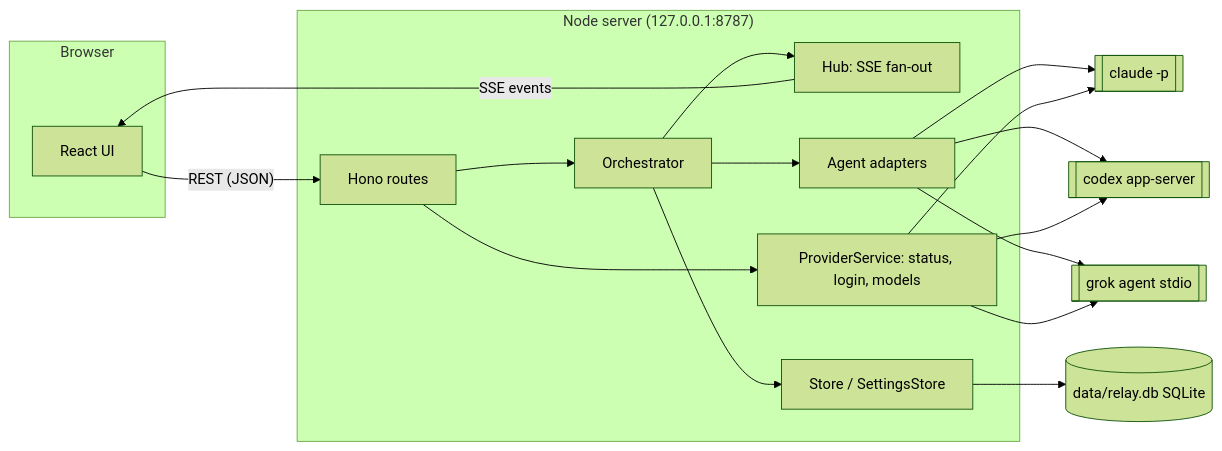
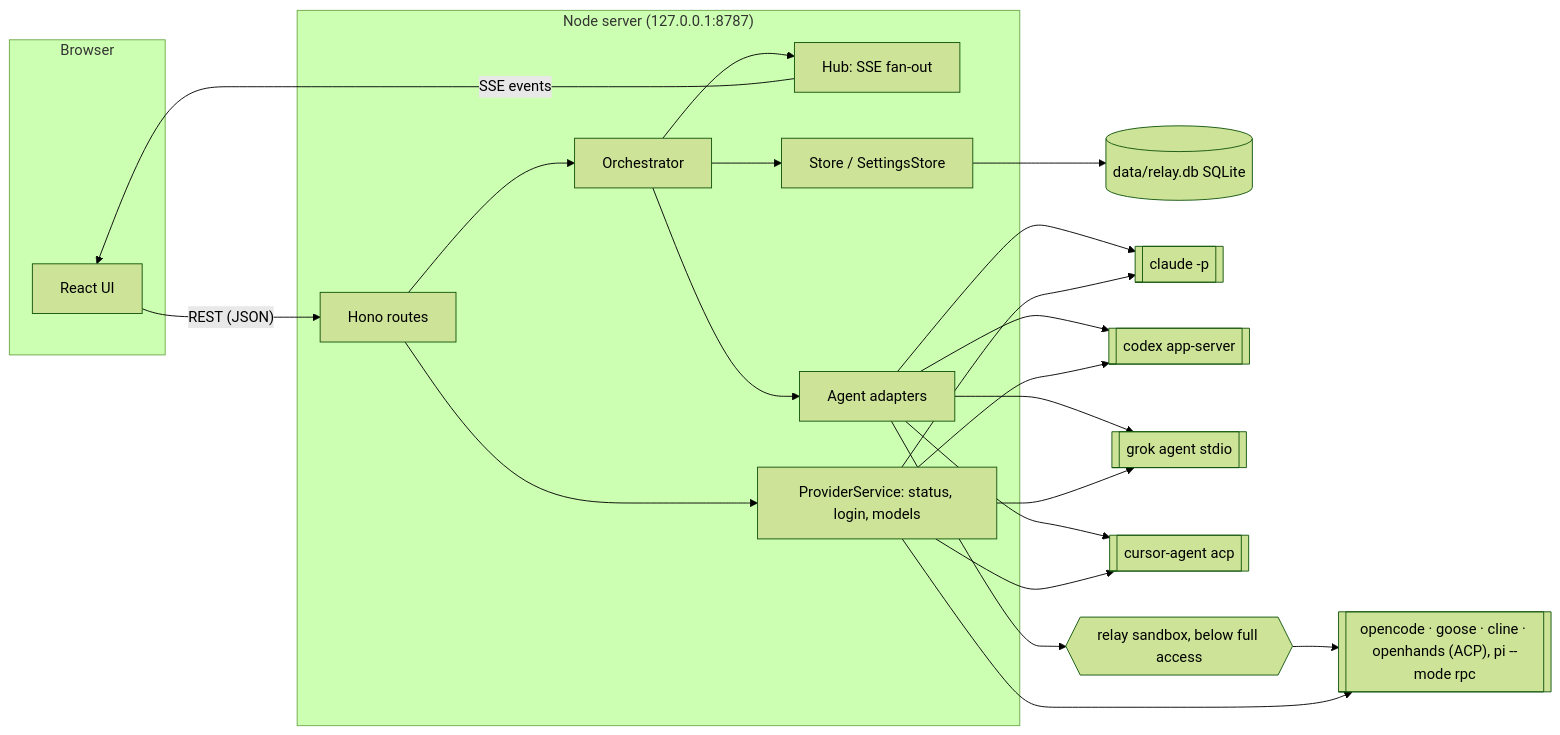
The first of 2 diagrams in docs/architecture.md (Agentic-System-Lab/harness-relay), drawn with Mermaid (forest theme) before and after one commit. The commit also changed other lines of this file and 307 other files, not shown here.

First line of the commit message:
Bring Cursor and the open-source agents together: nine coding agents in one chat (#13)

````diff
--- a/docs/architecture.md
+++ b/docs/architecture.md
@@ -12,29 +12,33 @@
 ```mermaid
 flowchart LR
   subgraph Browser
     UI[React UI]
   end
   subgraph Server["Node server (127.0.0.1:8787)"]
     API[Hono routes]
     ORCH[Orchestrator]
     HUB[Hub: SSE fan-out]
     STORE[Store / SettingsStore]
     PROV[ProviderService: status, login, models]
     RUN[Agent adapters]
   end
   DB[(data/relay.db SQLite)]
   CLAUDE[[claude -p]]
   CODEX[[codex app-server]]
   GROK[[grok agent stdio]]
+  CURSOR[[cursor-agent acp]]
+  SBX{{relay sandbox, below full access}}
+  OPEN[["opencode · goose · cline · openhands (ACP), pi --mode rpc"]]
 
   UI -- REST (JSON) --> API
   HUB -- SSE events --> UI
   API --> ORCH
   API --> PROV
   ORCH --> RUN
   ORCH --> HUB
   ORCH --> STORE
   STORE --> DB
-  RUN --> CLAUDE & CODEX & GROK
-  PROV --> CLAUDE & CODEX & GROK
+  RUN --> CLAUDE & CODEX & GROK & CURSOR
+  RUN --> SBX --> OPEN
+  PROV --> CLAUDE & CODEX & GROK & CURSOR & OPEN
 ```
````
